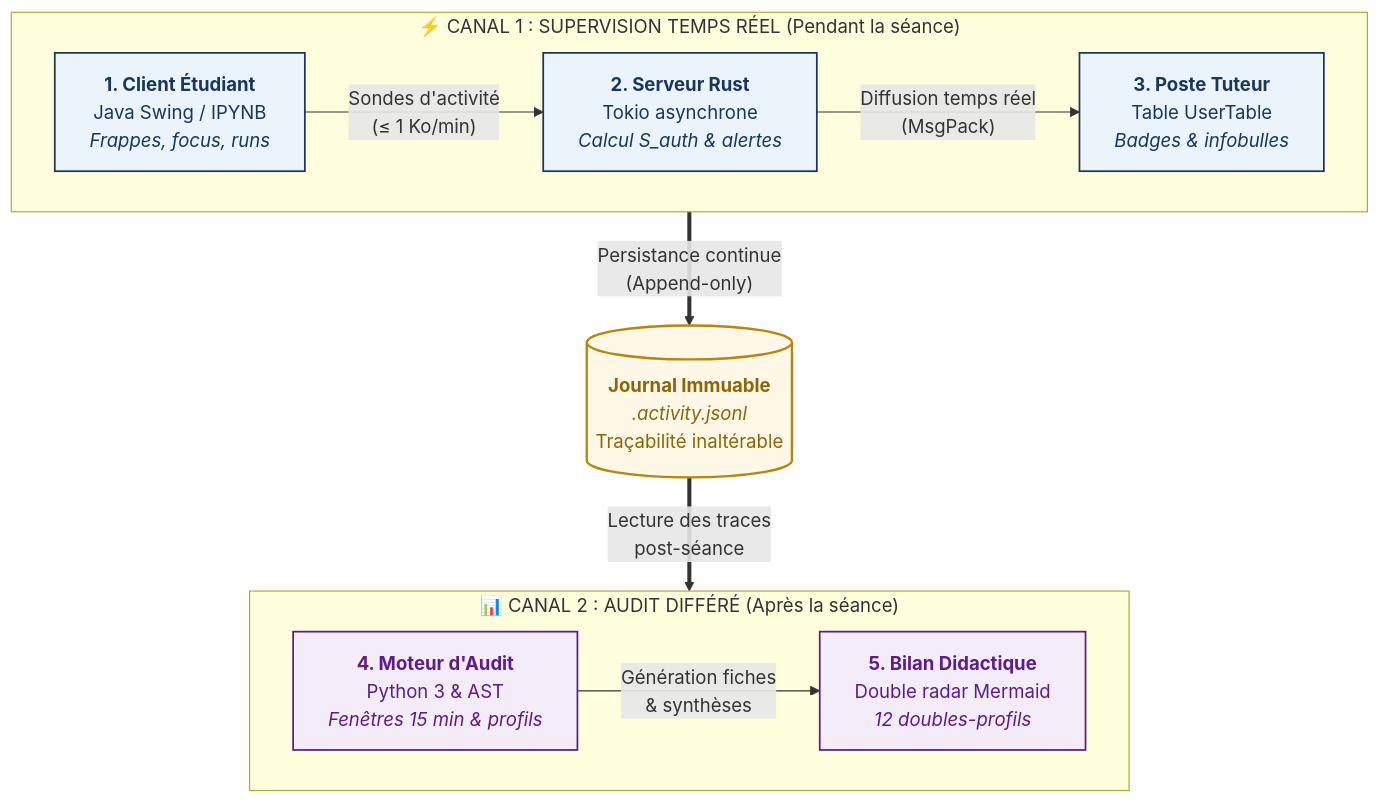
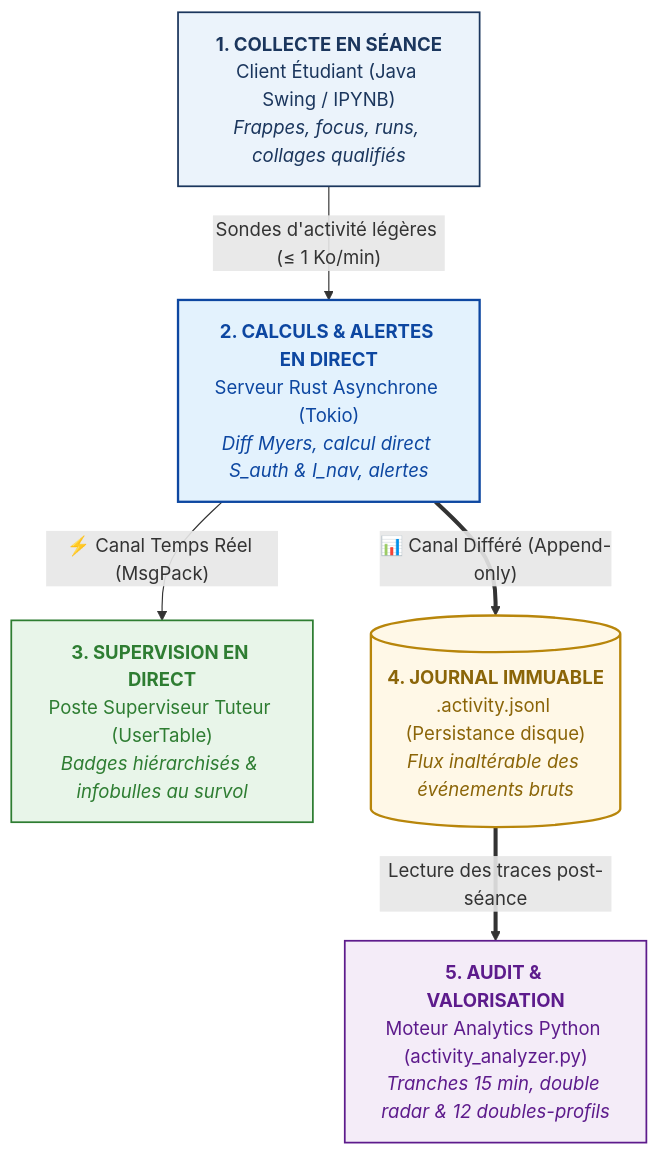
The first of 5 diagrams in docs/ACTIVITY_TRACKING.md (jlehuen/CodeLab), drawn with Mermaid before and after one commit. The commit also changed other lines of this file and 1 other file, not shown here.

Commit message:
docs: fusion de la vue synthetique et fonctionnelle en un pipeline unifie et elegant

````diff
--- a/docs/ACTIVITY_TRACKING.md
+++ b/docs/ACTIVITY_TRACKING.md
@@ -34,27 +22,23 @@
 ```mermaid
 flowchart TD
-    subgraph C1 ["⚡ CANAL 1 : SUPERVISION TEMPS RÉEL (Pendant la séance)"]
-        direction LR
-        E["<b>1. Client Étudiant</b><br/>Java Swing / IPYNB<br/><i>Frappes, focus, runs</i>"]
-        -->|"Sondes d'activité<br/>(≤ 1 Ko/min)"| S["<b>2. Serveur Rust</b><br/>Tokio asynchrone<br/><i>Calcul S_auth &amp; alertes</i>"]
-        -->|"Diffusion temps réel<br/>(MsgPack)"| T["<b>3. Poste Tuteur</b><br/>Table UserTable<br/><i>Badges &amp; infobulles</i>"]
-    end
+    E["<b>1. COLLECTE EN SÉANCE</b><br/>Client Étudiant (Java Swing / IPYNB)<br/><i>Frappes, focus, runs, collages qualifiés</i>"]
+    -->|"Sondes d'activité légères (≤ 1 Ko/min)"| S["<b>2. CALCULS &amp; ALERTES EN DIRECT</b><br/>Serveur Rust Asynchrone (Tokio)<br/><i>Diff Myers, calcul direct S_auth &amp; I_nav, alertes</i>"]
 
-    S ==>|"Persistance continue<br/>(Append-only)"| J[("<b>Journal Immuable</b><br/><i>.activity.jsonl</i><br/>Traçabilité inaltérable")]
+    S -->|"⚡ Canal Temps Réel (MsgPack)"| T["<b>3. SUPERVISION EN DIRECT</b><br/>Poste Superviseur Tuteur (UserTable)<br/><i>Badges hiérarchisés &amp; infobulles au survol</i>"]
 
-    J ==>|"Lecture des traces<br/>post-séance"| A
+    S ==>|"📊 Canal Différé (Append-only)"| J[("<b>4. JOURNAL IMMUABLE</b><br/>.activity.jsonl (Persistance disque)<br/><i>Flux inaltérable des événements bruts</i>")]
 
-    subgraph C2 ["📊 CANAL 2 : AUDIT DIFFÉRÉ (Après la séance)"]
-        direction LR
-        A["<b>4. Moteur d'Audit</b><br/>Python 3 &amp; AST<br/><i>Fenêtres 15 min &amp; profils</i>"]
-        -->|"Génération fiches<br/>&amp; synthèses"| R["<b>5. Bilan Didactique</b><br/>Double radar Mermaid<br/><i>12 doubles-profils</i>"]
-    end
+    J ==>|"Lecture des traces post-séance"| A["<b>5. AUDIT &amp; VALORISATION</b><br/>Moteur Analytics Python (activity_analyzer.py)<br/><i>Tranches 15 min, double radar &amp; 12 doubles-profils</i>"]
 
-    classDef canal1 fill:#EBF3FB,stroke:#1B365D,stroke-width:1.5px,color:#1B365D;
-    classDef canal2 fill:#F4ECF8,stroke:#5D1B8C,stroke-width:1.5px,color:#5D1B8C;
+    classDef client fill:#EBF3FB,stroke:#1B365D,stroke-width:1.5px,color:#1B365D;
+    classDef server fill:#E3F2FD,stroke:#0D47A1,stroke-width:2px,color:#0D47A1;
+    classDef tuteur fill:#E8F5E9,stroke:#2E7D32,stroke-width:1.5px,color:#2E7D32;
     classDef journal fill:#FFF8E7,stroke:#B8860B,stroke-width:2px,color:#8B6508;
+    classDef audit fill:#F4ECF8,stroke:#5D1B8C,stroke-width:1.5px,color:#5D1B8C;
 
-    class E,S,T canal1;
-    class A,R canal2;
+    class E client;
+    class S server;
+    class T tuteur;
     class J journal;
+    class A audit;
 ```
````
